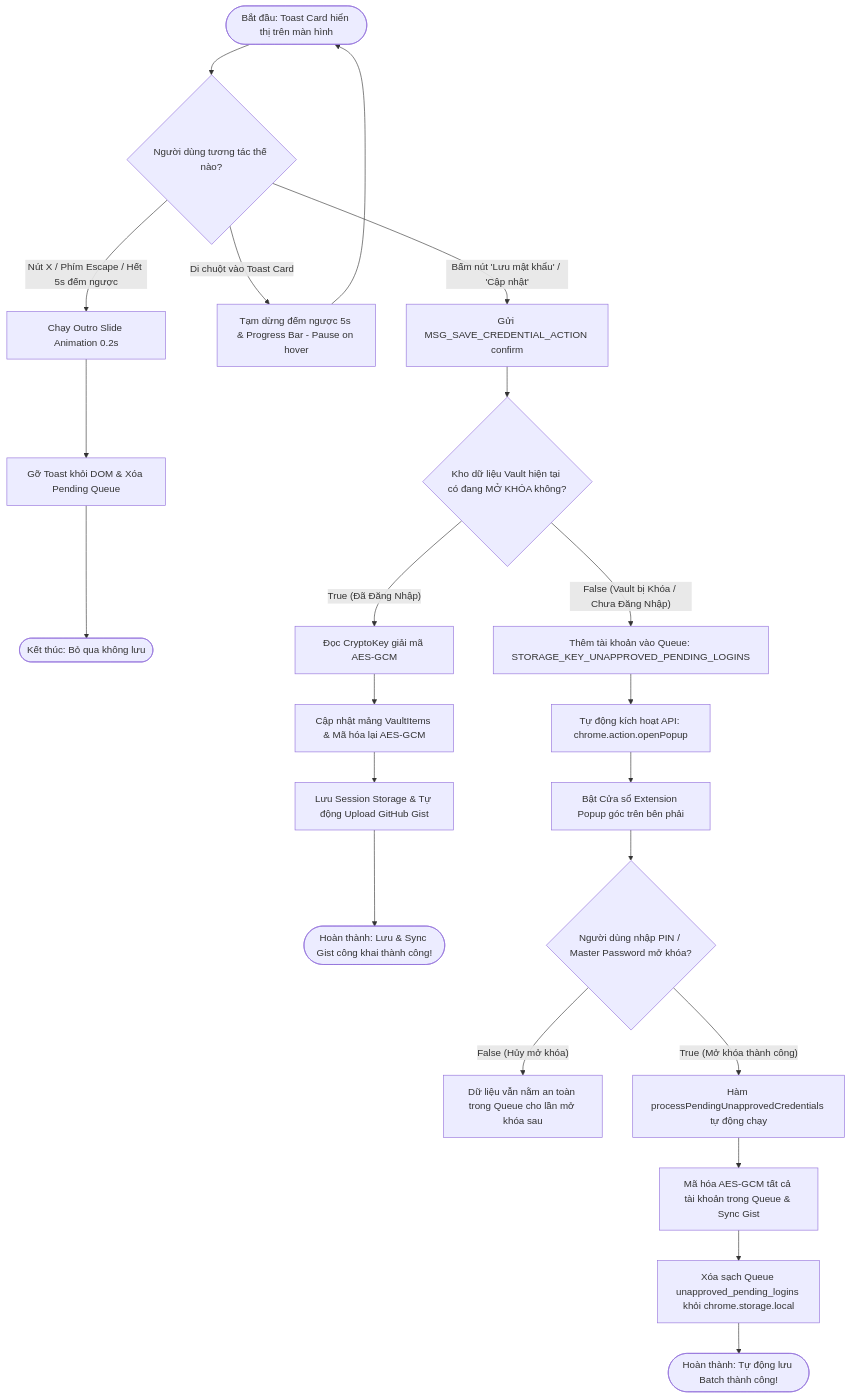
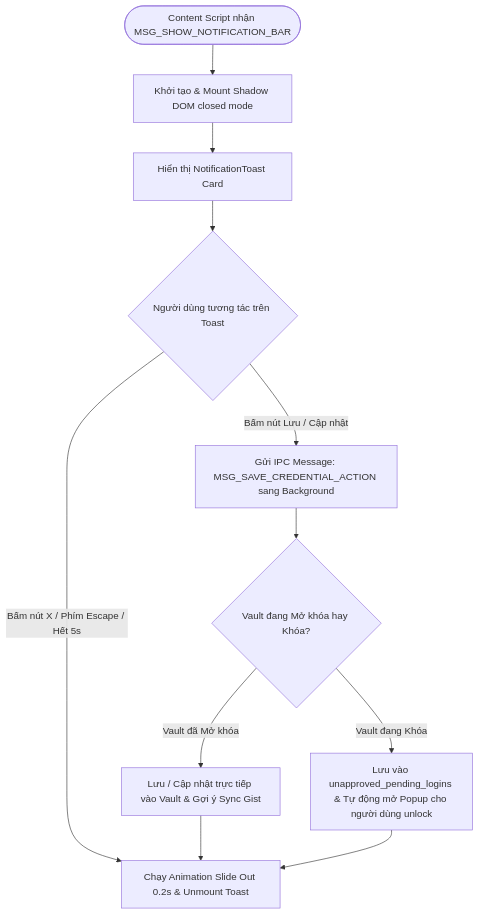
The fourth of 4 diagrams in docs/features/password-save-suggestion.md (uongsuadaubung/gistwarden), drawn with Mermaid before and after one commit. The commit also changed other lines of this file and 17 other files, not shown here.

````diff
--- a/docs/features/password-save-suggestion.md
+++ b/docs/features/password-save-suggestion.md
@@ -70,30 +73,18 @@
 ```mermaid
 flowchart TD
-    Phase4Start([Bắt đầu: Toast Card hiển thị trên màn hình]) --> UserAction{Người dùng tương tác thế nào?}
+    Phase4Start([Content Script nhận MSG_SHOW_NOTIFICATION_BAR]) --> MountShadowDOM[Khởi tạo & Mount Shadow DOM closed mode]
+    MountShadowDOM --> RenderToast[Hiển thị NotificationToast Card]
     
-    UserAction -- Nút X / Phím Escape / Hết 5s đếm ngược --> SlideOutAnim[Chạy Outro Slide Animation 0.2s]
-    SlideOutAnim --> UnmountToast[Gỡ Toast khỏi DOM & Xóa Pending Queue]
-    UnmountToast --> EndDismiss([Kết thúc: Bỏ qua không lưu])
+    RenderToast --> UserChoice{Người dùng tương tác trên Toast}
     
-    UserAction -- Di chuột vào Toast Card --> PauseTimer[Tạm dừng đếm ngược 5s & Progress Bar - Pause on hover]
-    PauseTimer --> Phase4Start
+    UserChoice -- Bấm nút Lưu / Cập nhật --> SendActionIPC[Gửi IPC Message: MSG_SAVE_CREDENTIAL_ACTION sang Background]
+    SendActionIPC --> CheckVaultStatus{Vault đang Mở khóa hay Khóa?}
     
-    UserAction -- Bấm nút 'Lưu mật khẩu' / 'Cập nhật' --> SendSaveMsg[Gửi MSG_SAVE_CREDENTIAL_ACTION confirm]
-    SendSaveMsg --> CheckVaultUnlocked{Kho dữ liệu Vault hiện tại có đang MỞ KHÓA không?}
+    CheckVaultStatus -- Vault đã Mở khóa --> SaveVaultDirect[Lưu / Cập nhật trực tiếp vào Vault & Gợi ý Sync Gist]
+    CheckVaultStatus -- Vault đang Khóa --> QueueUnapproved[Lưu vào unapproved_pending_logins & Tự động mở Popup cho người dùng unlock]
     
-    CheckVaultUnlocked -- True (Đã Đăng Nhập) --> ReadCryptoKey[Đọc CryptoKey giải mã AES-GCM]
-    ReadCryptoKey --> EncryptVaultData[Cập nhật mảng VaultItems & Mã hóa lại AES-GCM]
-    EncryptVaultData --> UploadToGist[Lưu Session Storage & Tự động Upload GitHub Gist]
-    UploadToGist --> EndDirectSaveSuccess([Hoàn thành: Lưu & Sync Gist công khai thành công!])
+    UserChoice -- Bấm nút X / Phím Escape / Hết 5s --> CloseToast[Chạy Animation Slide Out 0.2s & Unmount Toast]
     
-    CheckVaultUnlocked -- False (Vault bị Khóa / Chưa Đăng Nhập) --> AddToPendingQueue[Thêm tài khoản vào Queue: STORAGE_KEY_UNAPPROVED_PENDING_LOGINS]
-    AddToPendingQueue --> CallOpenPopupAPI[Tự động kích hoạt API: chrome.action.openPopup]
-    CallOpenPopupAPI --> DisplayExtensionPopup[Bật Cửa sổ Extension Popup góc trên bên phải]
-    DisplayExtensionPopup --> CheckUserUnlock{Người dùng nhập PIN / Master Password mở khóa?}
-    
-    CheckUserUnlock -- False (Hủy mở khóa) --> KeepPendingQueue[Dữ liệu vẫn nằm an toàn trong Queue cho lần mở khóa sau]
-    CheckUserUnlock -- True (Mở khóa thành công) --> ProcessPendingQueue[Hàm processPendingUnapprovedCredentials tự động chạy]
-    ProcessPendingQueue --> BatchEncryptAndSync[Mã hóa AES-GCM tất cả tài khoản trong Queue & Sync Gist]
-    BatchEncryptAndSync --> ClearQueueStorage[Xóa sạch Queue unapproved_pending_logins khỏi chrome.storage.local]
-    ClearQueueStorage --> EndBatchSaveSuccess([Hoàn thành: Tự động lưu Batch thành công!])
+    SaveVaultDirect --> CloseToast
+    QueueUnapproved --> CloseToast
 ```
````
